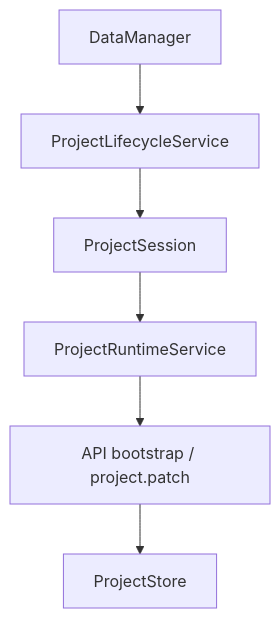
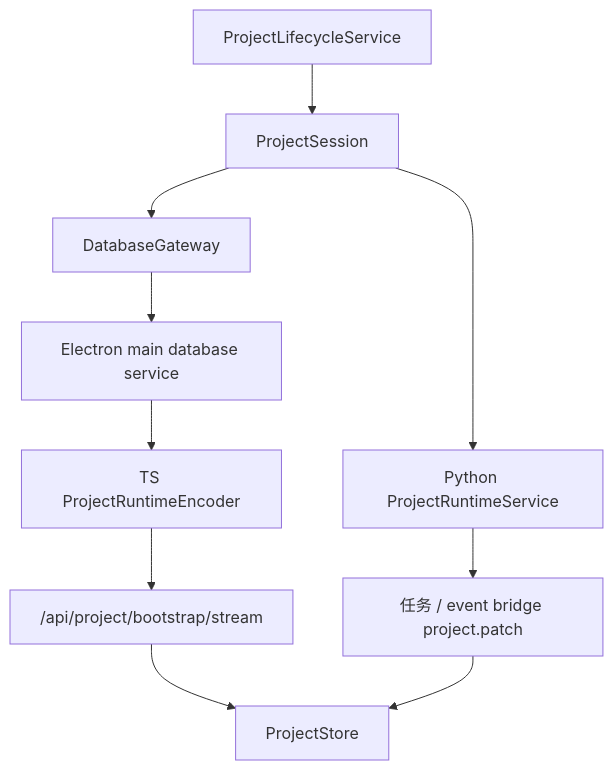
Before and after one commit to neavo/LinguaGacha: the second of 4 diagrams in docs/DATA.md, drawn with Mermaid. The commit also changed other lines of this file and 13 other files, not shown here.

````diff
--- a/docs/DATA.md
+++ b/docs/DATA.md
@@ -64,8 +65,12 @@
 ```mermaid
 flowchart TD
-    A["DataManager"] --> B["ProjectLifecycleService"]
-    B --> C["ProjectSession"]
-    C --> D["ProjectRuntimeService"]
-    D --> E["API bootstrap / project.patch"]
-    E --> F["ProjectStore"]
+    A["ProjectLifecycleService"] --> B["ProjectSession"]
+    B --> C["DatabaseGateway"]
+    C --> D["Electron main database service"]
+    D --> E["TS ProjectRuntimeEncoder"]
+    E --> F["/api/project/bootstrap/stream"]
+    F --> G["ProjectStore"]
+    B --> H["Python ProjectRuntimeService"]
+    H --> I["任务 / event bridge project.patch"]
+    I --> G
 ```
````
